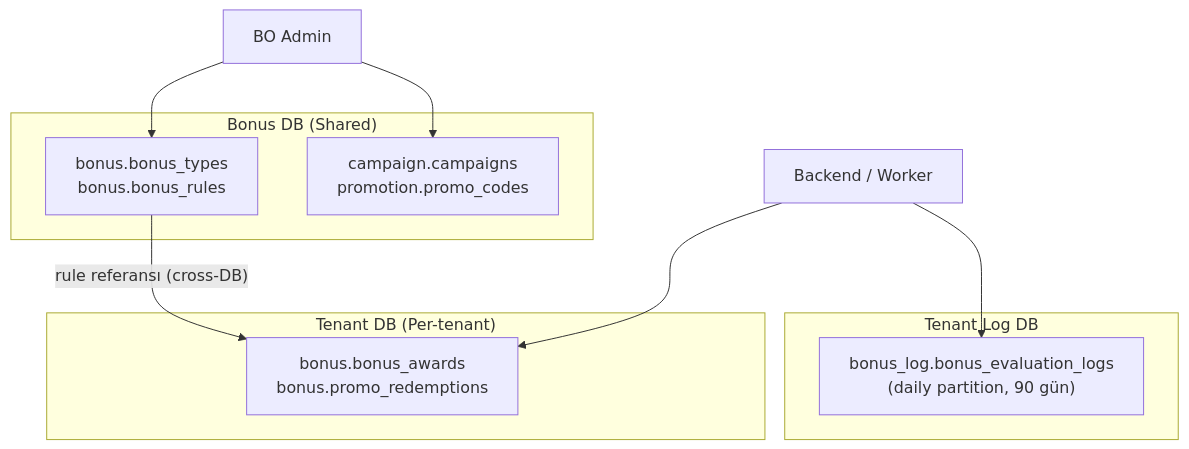
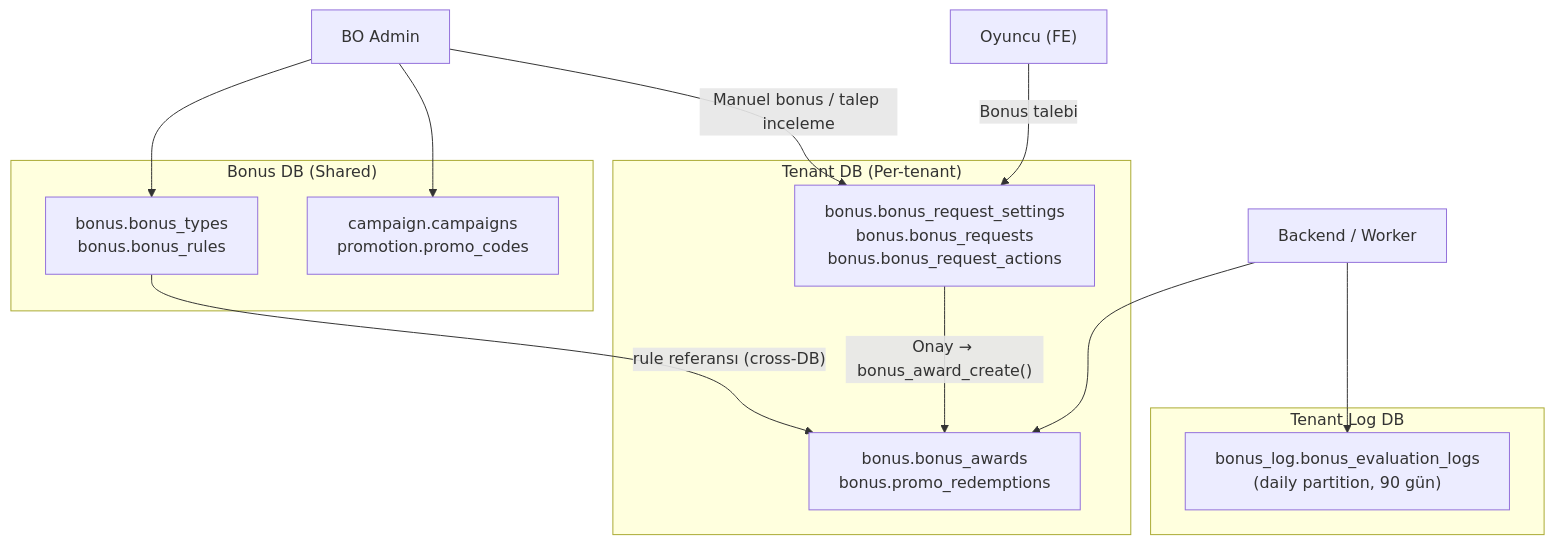
One commit to frhtshn/One.DB changed the first of 2 diagrams in .docs/guides/BONUS_ENGINE_GUIDE.md. Above: the diagram before and after it, drawn with Mermaid. The commit also changed other lines of this file, not shown here.

Commit message:
feat: Add manual bonus request system with approval workflow and state transitions

````diff
--- a/.docs/guides/BONUS_ENGINE_GUIDE.md
+++ b/.docs/guides/BONUS_ENGINE_GUIDE.md
@@ -9,18 +9,22 @@
 ```mermaid
 flowchart TD
     subgraph bonus["Bonus DB (Shared)"]
         B1["bonus.bonus_types<br/>bonus.bonus_rules"]
         B2["campaign.campaigns<br/>promotion.promo_codes"]
     end
     subgraph tenant["Tenant DB (Per-tenant)"]
         T1["bonus.bonus_awards<br/>bonus.promo_redemptions"]
+        T2["bonus.bonus_request_settings<br/>bonus.bonus_requests<br/>bonus.bonus_request_actions"]
     end
     subgraph tenant_log["Tenant Log DB"]
         L1["bonus_log.bonus_evaluation_logs<br/>(daily partition, 90 gün)"]
     end
     BO["BO Admin"] --> B1
     BO --> B2
+    BO -- "Manuel bonus / talep inceleme" --> T2
+    Player["Oyuncu (FE)"] -- "Bonus talebi" --> T2
     B1 -- "rule referansı (cross-DB)" --> T1
+    T2 -- "Onay → bonus_award_create()" --> T1
     W["Backend / Worker"] --> T1
     W --> L1
 ```
````
